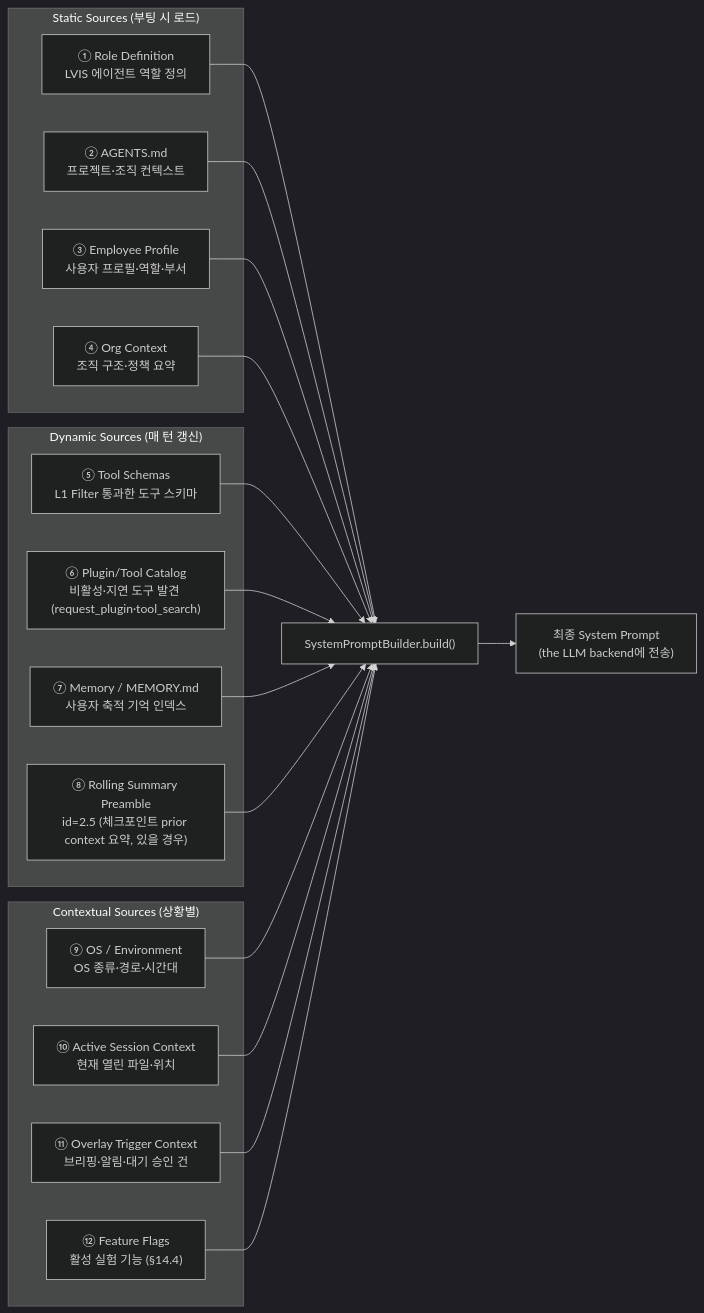
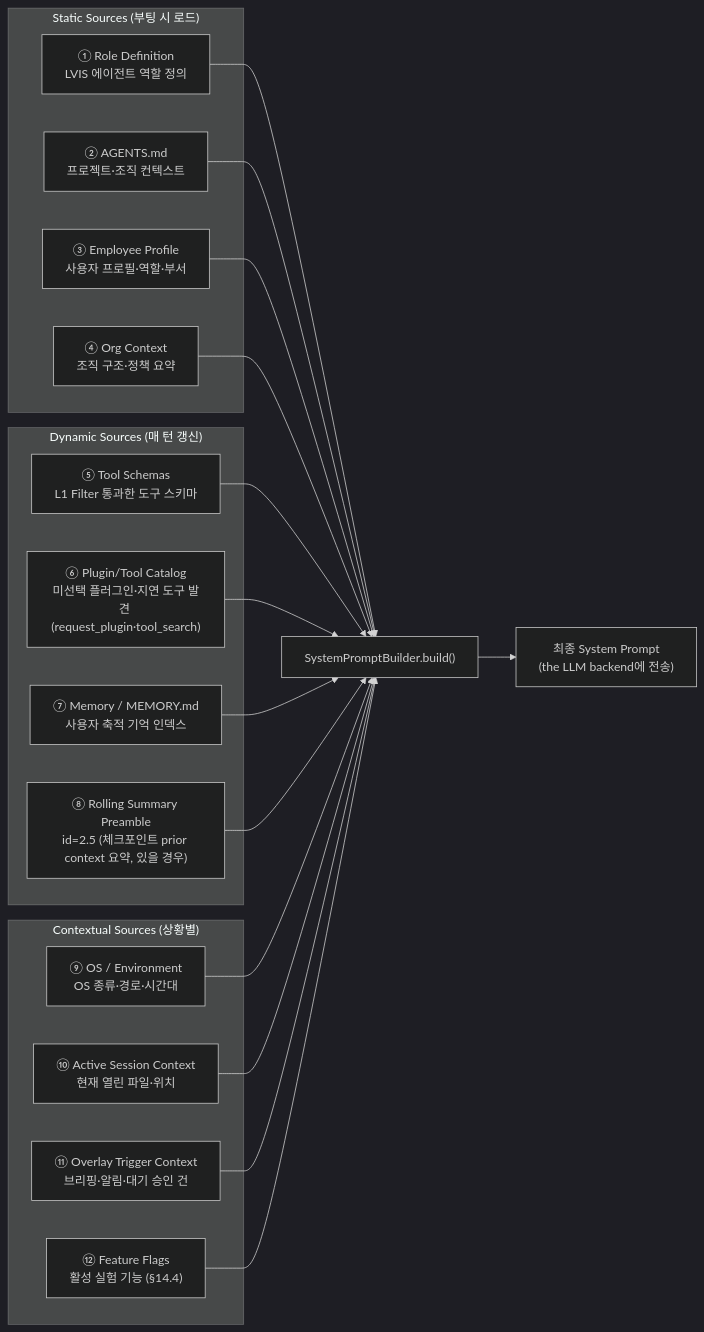
One commit to lvis-project/lvis-app changed diagram 14 of 44 in docs/architecture/architecture.md. Above: the diagram before and after it, drawn with Mermaid (dark theme). The commit also changed other lines of this file and 33 other files, not shown here.

````diff
--- a/docs/architecture/architecture.md
+++ b/docs/architecture/architecture.md
@@ -1000,38 +1000,38 @@
 ```mermaid
 flowchart LR
     subgraph "Static Sources (부팅 시 로드)"
         S1["① Role Definition<br/>LVIS 에이전트 역할 정의"]
         S2["② AGENTS.md<br/>프로젝트·조직 컨텍스트"]
         S3["③ Employee Profile<br/>사용자 프로필·역할·부서"]
         S4["④ Org Context<br/>조직 구조·정책 요약"]
     end
 
     subgraph "Dynamic Sources (매 턴 갱신)"
         S5["⑤ Tool Schemas<br/>L1 Filter 통과한 도구 스키마"]
-        S6["⑥ Plugin/Tool Catalog<br/>비활성·지연 도구 발견 (request_plugin·tool_search)"]
+        S6["⑥ Plugin/Tool Catalog<br/>미선택 플러그인·지연 도구 발견 (request_plugin·tool_search)"]
         S7["⑦ Memory / MEMORY.md<br/>사용자 축적 기억 인덱스"]
         S8["⑧ Rolling Summary Preamble<br/>id=2.5 (체크포인트 prior context 요약, 있을 경우)"]
     end
 
     subgraph "Contextual Sources (상황별)"
         S9["⑨ OS / Environment<br/>OS 종류·경로·시간대"]
         S10["⑩ Active Session Context<br/>현재 열린 파일·위치"]
         S11["⑪ Overlay Trigger Context<br/>브리핑·알림·대기 승인 건"]
         S12["⑫ Feature Flags<br/>활성 실험 기능 (§14.4)"]
     end
 
     S1 --> BUILD["SystemPromptBuilder.build()"]
     S2 --> BUILD
     S3 --> BUILD
     S4 --> BUILD
     S5 --> BUILD
     S6 --> BUILD
     S7 --> BUILD
     S8 --> BUILD
     S9 --> BUILD
     S10 --> BUILD
     S11 --> BUILD
     S12 --> BUILD
 
     BUILD --> PROMPT["최종 System Prompt<br/>(the LLM backend에 전송)"]
 ```
````
